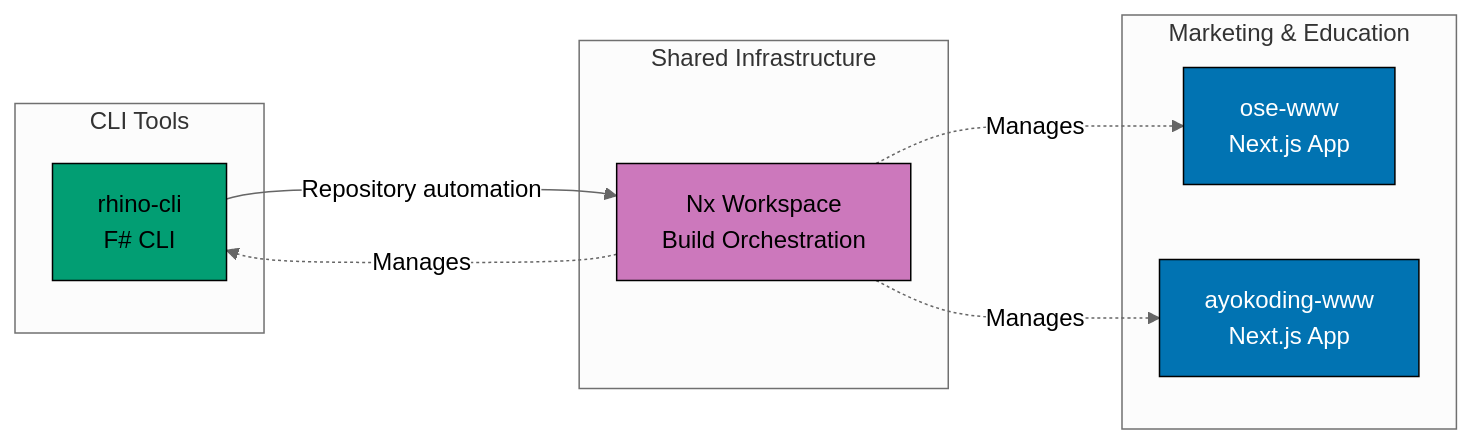
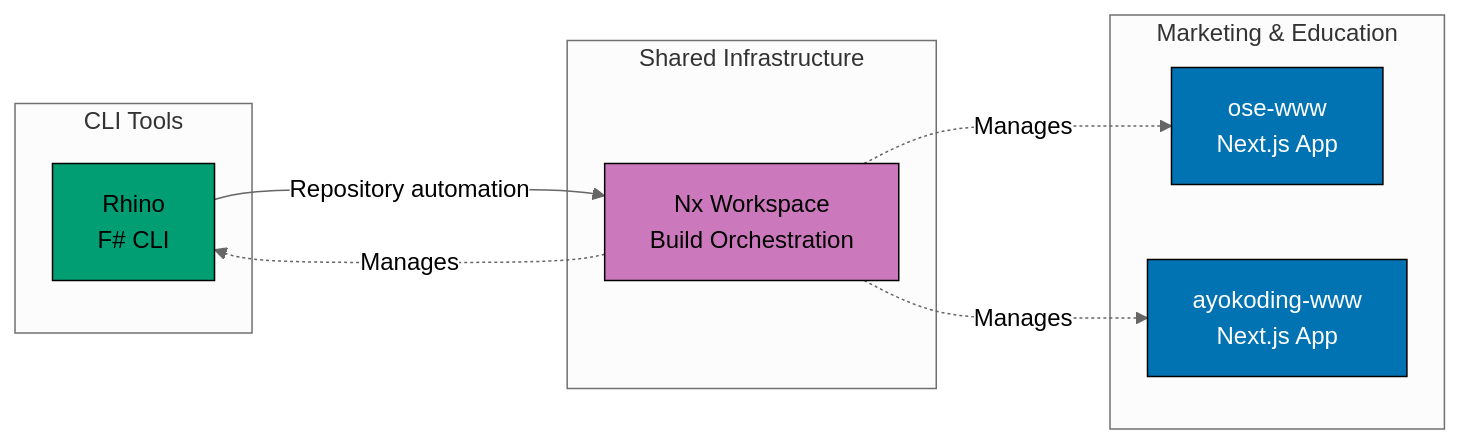
The first of 2 diagrams in docs/reference/system-architecture/applications.md (wahidyankf/ose-public), drawn with Mermaid (neutral theme) before and after one commit. The commit also changed other lines of this file and 1105 other files, not shown here.

````diff
--- a/docs/reference/system-architecture/applications.md
+++ b/docs/reference/system-architecture/applications.md
@@ -169,29 +159,29 @@
 ```mermaid
 graph LR
     accTitle: C4 Level 2: Container Diagram
-    accDescr: rhino-cli F CLI leads to Nx Workspace Build Orchestration via Repository automation; Nx Workspace Build Orchestration leads to ose-www Next.js App via Manages; Nx Workspace Build Orchestration leads to ayokoding-www Next.js App via Manages; and 1 more links.
+    accDescr: Rhino F CLI leads to Nx Workspace Build Orchestration via Repository automation; Nx Workspace Build Orchestration leads to ose-www Next.js App via Manages; Nx Workspace Build Orchestration leads to ayokoding-www Next.js App via Manages; and 1 more links.
     subgraph "CLI Tools"
-        RHINO[rhino-cli<br/>F# CLI]
+        RHINO[Rhino<br/>F# CLI]
     end
 
     subgraph "Marketing & Education"
         OSE[ose-www<br/>Next.js App]
         AYO[ayokoding-www<br/>Next.js App]
     end
 
     subgraph "Shared Infrastructure"
         NX[Nx Workspace<br/>Build Orchestration]
     end
 
     RHINO -->|Repository automation| NX
     NX -.->|Manages| OSE
     NX -.->|Manages| AYO
     NX -.->|Manages| RHINO
 
     classDef blue fill:#0173B2,stroke:#000000,color:#FFFFFF
     classDef teal fill:#029E73,stroke:#000000,color:#000000
     classDef purple fill:#CC78BC,stroke:#000000,color:#000000
     class OSE,AYO blue
     class RHINO teal
     class NX purple
 ```
````
